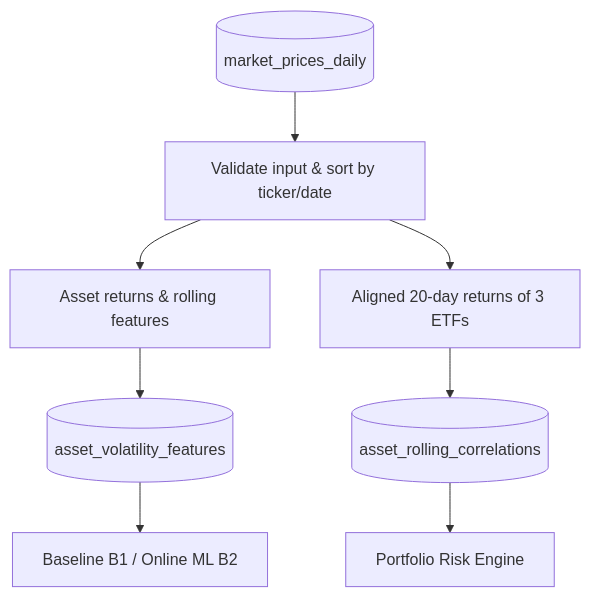
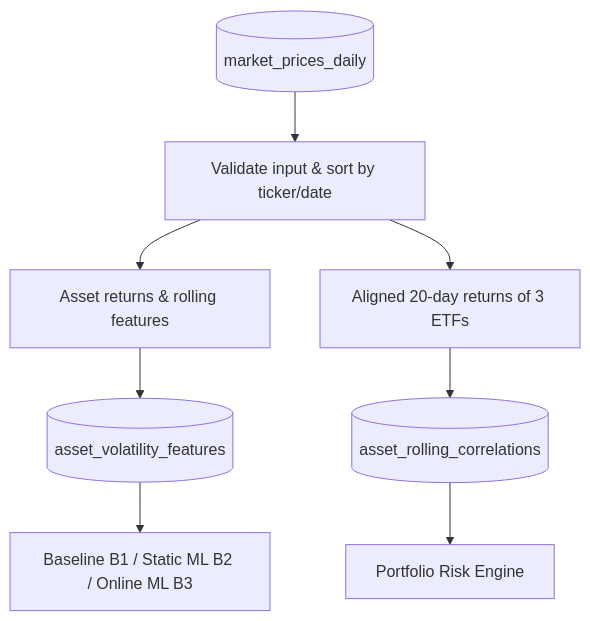
One commit to 01aptx01/datasci-and-dataen-project changed the diagram in docs/contract/feature_contract.md. Above: the diagram before and after it, drawn with Mermaid. The commit also changed other lines of this file and 12 other files, not shown here.

````diff
--- a/docs/contract/feature_contract.md
+++ b/docs/contract/feature_contract.md
@@ -34,10 +34,10 @@
 ```mermaid
 flowchart TD
     A[(market_prices_daily)] --> B[Validate input & sort by ticker/date]
     B --> C[Asset returns & rolling features]
     B --> D[Aligned 20-day returns of 3 ETFs]
     C --> E[(asset_volatility_features)]
     D --> F[(asset_rolling_correlations)]
-    E --> G[Baseline B1 / Online ML B2]
+    E --> G[Baseline B1 / Static ML B2 / Online ML B3]
     F --> H[Portfolio Risk Engine]
 ```
````
